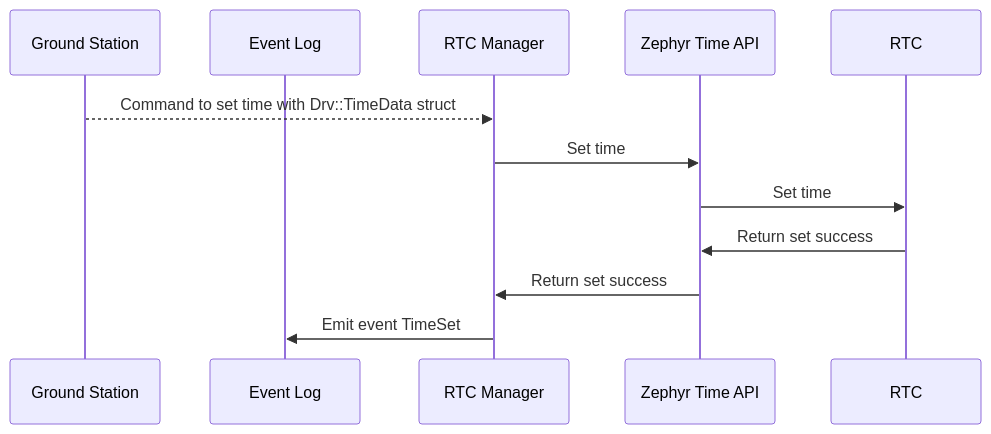
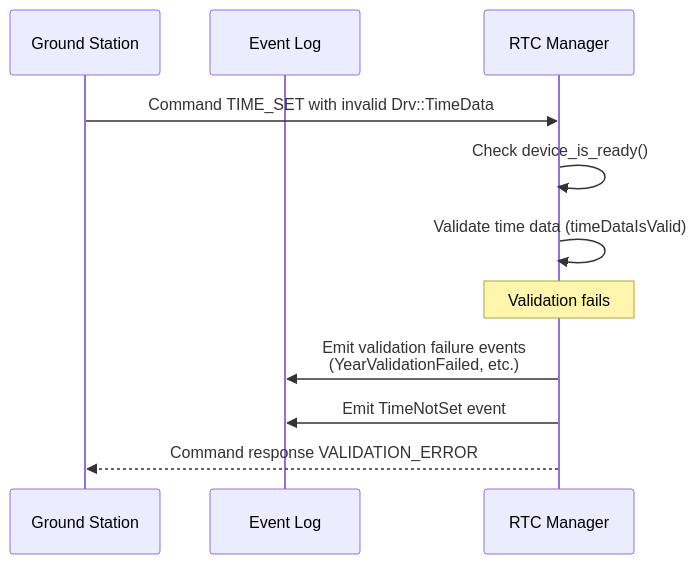
One commit to Open-Source-Space-Foundation/proves-core-reference changed the fifth of 7 diagrams in FprimeZephyrReference/Components/Drv/RtcManager/docs/sdd.md. Above: the diagram before and after it, drawn with Mermaid. The commit also changed other lines of this file, not shown here.

````diff
--- a/FprimeZephyrReference/Components/Drv/RtcManager/docs/sdd.md
+++ b/FprimeZephyrReference/Components/Drv/RtcManager/docs/sdd.md
@@ -118,14 +160,13 @@
 ```mermaid
 sequenceDiagram
     participant Ground Station
     participant Event Log
     participant RTC Manager
-    participant Zephyr Time API
-    participant RTC
-    Ground Station-->>RTC Manager: Command to set time with Drv::TimeData struct
-    RTC Manager->>Zephyr Time API: Set time
-    Zephyr Time API->>RTC: Set time
-    RTC->>Zephyr Time API: Return set success
-    Zephyr Time API->>RTC Manager: Return set success
-    RTC Manager->>Event Log: Emit event TimeSet
+    Ground Station->>RTC Manager: Command TIME_SET with invalid Drv::TimeData
+    RTC Manager->>RTC Manager: Check device_is_ready()
+    RTC Manager->>RTC Manager: Validate time data (timeDataIsValid)
+    Note over RTC Manager: Validation fails
+    RTC Manager->>Event Log: Emit validation failure events<br/>(YearValidationFailed, etc.)
+    RTC Manager->>Event Log: Emit TimeNotSet event
+    RTC Manager-->>Ground Station: Command response VALIDATION_ERROR
 ```
````
